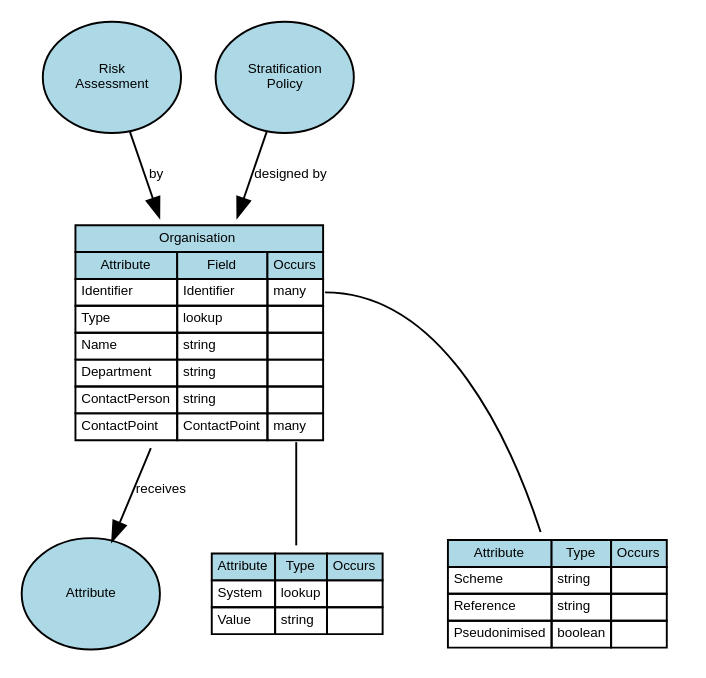
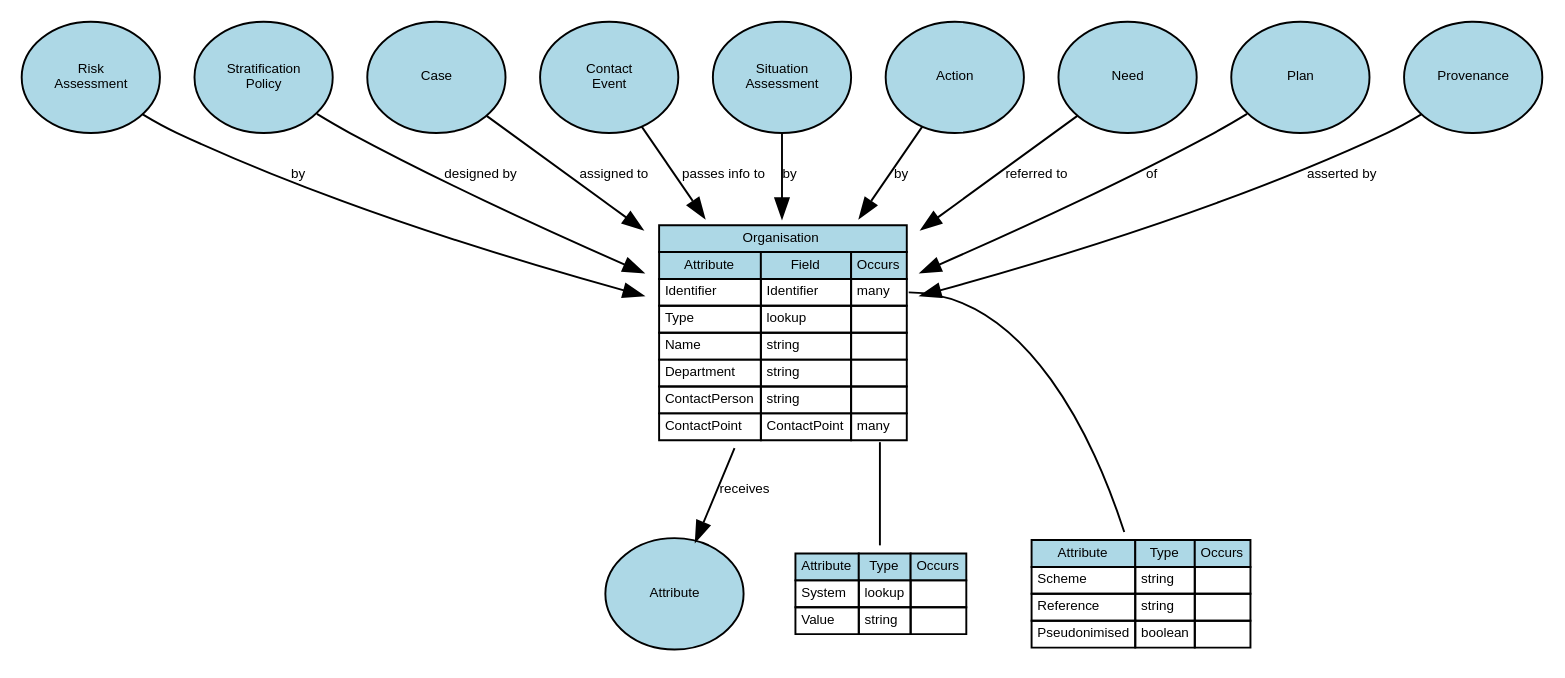
Before and after one commit to PaulDav/ModelVisual: the diagram in graph_output/entity/Organisation.gv, drawn with Graphviz. The commit also changed 22 other files, not shown here.

```diff
--- a/graph_output/entity/Organisation.gv
+++ b/graph_output/entity/Organisation.gv
@@ -1,16 +1,30 @@
 digraph {
 	graph [overlap=false splines=true]
 	node [black=black color=black fillcolor=lightblue fontname=Arial fontsize=7]
 	edge [fontname=Arial fontsize=7 labelfontname=Arial labelfontsize=7 len=3.0]
-	table_port29 [label=<<table border='0' cellborder='1' cellspacing='0'><tr><td bgcolor='lightblue'>Attribute</td><td bgcolor='lightblue'>Type</td><td bgcolor='lightblue'>Occurs</td></tr><tr><td align='left' balign='left' valign='top'>Scheme</td><td align='left' balign='left' valign='top'>string</td><td align='left' balign='left' valign='top'></td></tr><tr><td align='left' balign='left' valign='top'>Reference</td><td align='left' balign='left' valign='top'>string</td><td align='left' balign='left' valign='top'></td></tr><tr><td align='left' balign='left' valign='top'>Pseudonimised</td><td align='left' balign='left' valign='top'>boolean</td><td align='left' balign='left' valign='top'></td></tr></table>> shape=plaintext]
-	Organisation:29 -> table_port29 [dir=none]
-	table_port30 [label=<<table border='0' cellborder='1' cellspacing='0'><tr><td bgcolor='lightblue'>Attribute</td><td bgcolor='lightblue'>Type</td><td bgcolor='lightblue'>Occurs</td></tr><tr><td align='left' balign='left' valign='top'>System</td><td align='left' balign='left' valign='top'>lookup</td><td align='left' balign='left' valign='top'></td></tr><tr><td align='left' balign='left' valign='top'>Value</td><td align='left' balign='left' valign='top'>string</td><td align='left' balign='left' valign='top'></td></tr></table>> shape=plaintext]
-	Organisation:30 -> table_port30 [dir=none]
-	Organisation [label=<<table border='0' cellborder='1' cellspacing='0'><tr><td colspan='3' bgcolor='lightblue'> Organisation</td></tr><tr><td bgcolor='lightblue'>Attribute</td><td bgcolor='lightblue'>Field</td><td bgcolor='lightblue'>Occurs</td></tr><tr><td align='left' balign='left' valign='top'>Identifier</td><td align='left' balign='left' valign='top'>Identifier</td><td align='left' balign='left' valign='top' port='29'>many</td></tr><tr><td align='left' balign='left' valign='top'>Type</td><td align='left' balign='left' valign='top'>lookup</td><td align='left' balign='left' valign='top'></td></tr><tr><td align='left' balign='left' valign='top'>Name</td><td align='left' balign='left' valign='top'>string</td><td align='left' balign='left' valign='top'></td></tr><tr><td align='left' balign='left' valign='top'>Department</td><td align='left' balign='left' valign='top'>string</td><td align='left' balign='left' valign='top'></td></tr><tr><td align='left' balign='left' valign='top'>ContactPerson</td><td align='left' balign='left' valign='top'>string</td><td align='left' balign='left' valign='top'></td></tr><tr><td align='left' balign='left' valign='top'>ContactPoint</td><td align='left' balign='left' valign='top'>ContactPoint</td><td align='left' balign='left' valign='top' port='30'>many</td></tr></table>> URL="#Organisation" shape=plaintext]
+	table_port9 [label=<<table border='0' cellborder='1' cellspacing='0'><tr><td bgcolor='lightblue'>Attribute</td><td bgcolor='lightblue'>Type</td><td bgcolor='lightblue'>Occurs</td></tr><tr><td align='left' balign='left' valign='top'>Scheme</td><td align='left' balign='left' valign='top'>string</td><td align='left' balign='left' valign='top'></td></tr><tr><td align='left' balign='left' valign='top'>Reference</td><td align='left' balign='left' valign='top'>string</td><td align='left' balign='left' valign='top'></td></tr><tr><td align='left' balign='left' valign='top'>Pseudonimised</td><td align='left' balign='left' valign='top'>boolean</td><td align='left' balign='left' valign='top'></td></tr></table>> shape=plaintext]
+	Organisation:9 -> table_port9 [dir=none]
+	table_port10 [label=<<table border='0' cellborder='1' cellspacing='0'><tr><td bgcolor='lightblue'>Attribute</td><td bgcolor='lightblue'>Type</td><td bgcolor='lightblue'>Occurs</td></tr><tr><td align='left' balign='left' valign='top'>System</td><td align='left' balign='left' valign='top'>lookup</td><td align='left' balign='left' valign='top'></td></tr><tr><td align='left' balign='left' valign='top'>Value</td><td align='left' balign='left' valign='top'>string</td><td align='left' balign='left' valign='top'></td></tr></table>> shape=plaintext]
+	Organisation:10 -> table_port10 [dir=none]
+	Organisation [label=<<table border='0' cellborder='1' cellspacing='0'><tr><td colspan='3' bgcolor='lightblue'> Organisation</td></tr><tr><td bgcolor='lightblue'>Attribute</td><td bgcolor='lightblue'>Field</td><td bgcolor='lightblue'>Occurs</td></tr><tr><td align='left' balign='left' valign='top'>Identifier</td><td align='left' balign='left' valign='top'>Identifier</td><td align='left' balign='left' valign='top' port='9'>many</td></tr><tr><td align='left' balign='left' valign='top'>Type</td><td align='left' balign='left' valign='top'>lookup</td><td align='left' balign='left' valign='top'></td></tr><tr><td align='left' balign='left' valign='top'>Name</td><td align='left' balign='left' valign='top'>string</td><td align='left' balign='left' valign='top'></td></tr><tr><td align='left' balign='left' valign='top'>Department</td><td align='left' balign='left' valign='top'>string</td><td align='left' balign='left' valign='top'></td></tr><tr><td align='left' balign='left' valign='top'>ContactPerson</td><td align='left' balign='left' valign='top'>string</td><td align='left' balign='left' valign='top'></td></tr><tr><td align='left' balign='left' valign='top'>ContactPoint</td><td align='left' balign='left' valign='top'>ContactPoint</td><td align='left' balign='left' valign='top' port='10'>many</td></tr></table>> URL="#Organisation" shape=plaintext]
 	Concept_Attribute [label=Attribute URL="#LeadOrganisation" fixedsize=true height=0.8 style=filled width=1.0]
 	Organisation -> Concept_Attribute [label=receives]
 	"ConceptOf_Risk\nAssessment" [label="Risk\nAssessment" URL="#LeadOrganisation" fixedsize=true height=0.8 style=filled width=1.0]
 	"ConceptOf_Risk\nAssessment" -> Organisation [label=by]
 	"ConceptOf_Stratification\nPolicy" [label="Stratification\nPolicy" URL="#LeadOrganisation" fixedsize=true height=0.8 style=filled width=1.0]
 	"ConceptOf_Stratification\nPolicy" -> Organisation [label="designed by"]
+	ConceptOf_Case [label=Case URL="#ResponsibleOrganisation" fixedsize=true height=0.8 style=filled width=1.0]
+	ConceptOf_Case -> Organisation [label="assigned to"]
+	"ConceptOf_Contact\nEvent" [label="Contact\nEvent" URL="#ResponsibleOrganisation" fixedsize=true height=0.8 style=filled width=1.0]
+	"ConceptOf_Contact\nEvent" -> Organisation [label="passes info to"]
+	"ConceptOf_Situation\nAssessment" [label="Situation\nAssessment" URL="#ResponsibleOrganisation" fixedsize=true height=0.8 style=filled width=1.0]
+	"ConceptOf_Situation\nAssessment" -> Organisation [label=by]
+	ConceptOf_Action [label=Action URL="#DeliveryOrganisation" fixedsize=true height=0.8 style=filled width=1.0]
+	ConceptOf_Action -> Organisation [label=by]
+	ConceptOf_Need [label=Need URL="#DeliveryOrganisation" fixedsize=true height=0.8 style=filled width=1.0]
+	ConceptOf_Need -> Organisation [label="referred to"]
+	ConceptOf_Plan [label=Plan URL="#DeliveryOrganisation" fixedsize=true height=0.8 style=filled width=1.0]
+	ConceptOf_Plan -> Organisation [label=of]
+	ConceptOf_Provenance [label=Provenance URL="#SourceOrganisation" fixedsize=true height=0.8 style=filled width=1.0]
+	ConceptOf_Provenance -> Organisation [label="asserted by"]
 }
```
